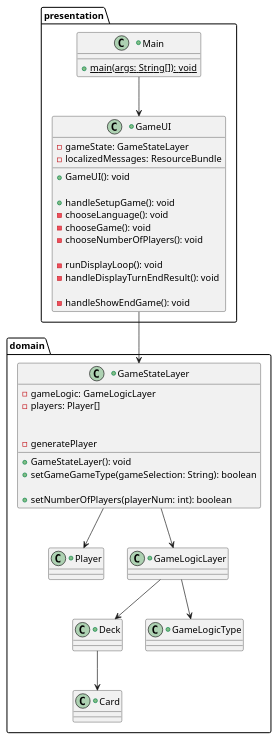
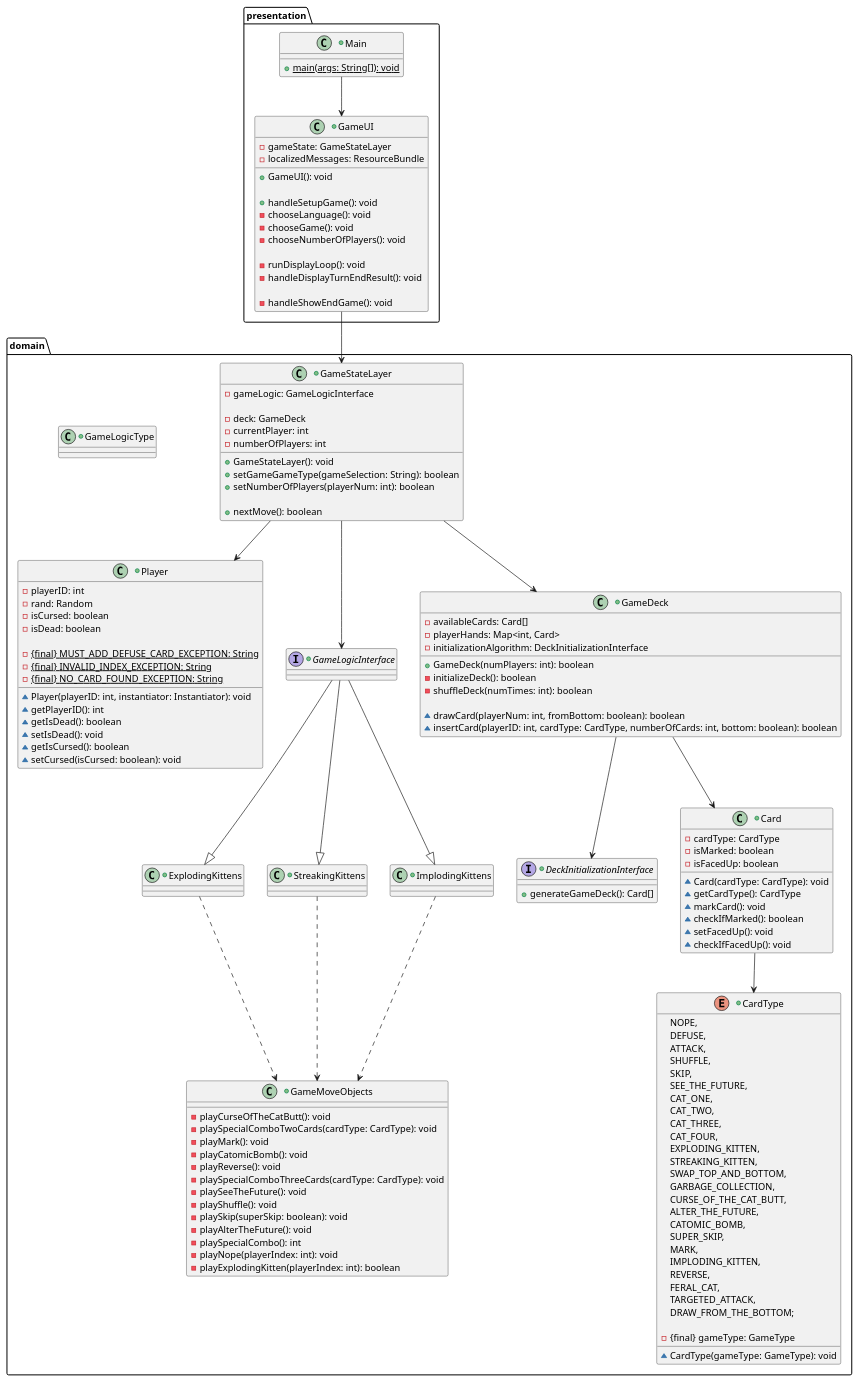
Before and after one commit to nu-cs-sw-design/project-20252601-clai_finalproject: the diagram in codebase/docs/design/new.puml, drawn with PlantUML.

Commit message:
added more updates

```diff
--- a/codebase/docs/design/new.puml
+++ b/codebase/docs/design/new.puml
@@ -1,66 +1,168 @@
 @startuml
 package presentation {
     +class Main {
         +{static}main(args: String[]): void
     }
 
     +class GameUI {
         -gameState: GameStateLayer
         -localizedMessages: ResourceBundle
 
         +GameUI(): void
 
         +handleSetupGame(): void
         -chooseLanguage(): void
         -chooseGame(): void
         -chooseNumberOfPlayers(): void
 
         -runDisplayLoop(): void
         -handleDisplayTurnEndResult(): void
 
         -handleShowEndGame(): void
     }
 }
 
 package domain {
     +class GameStateLayer {
-        -gameLogic: GameLogicLayer
-        -players: Player[]
+        -gameLogic: GameLogicInterface
+
+        -deck: GameDeck
+        -currentPlayer: int
+        -numberOfPlayers: int
 
         +GameStateLayer(): void
         +setGameGameType(gameSelection: String): boolean
+        +setNumberOfPlayers(playerNum: int): boolean
 
-        +setNumberOfPlayers(playerNum: int): boolean
-        -generatePlayer
-
+        +nextMove(): boolean
 
     }
     +class Player {
+        -playerID: int
+        -rand: Random
+        -isCursed: boolean
+        -isDead: boolean
+
+        -{static}{final} MUST_ADD_DEFUSE_CARD_EXCEPTION: String
+        -{static}{final} INVALID_INDEX_EXCEPTION: String
+        -{static}{final} NO_CARD_FOUND_EXCEPTION: String
+
+        ~Player(playerID: int, instantiator: Instantiator): void
+        ~getPlayerID(): int
+        ~getIsDead(): boolean
+        ~setIsDead(): void
+        ~getIsCursed(): boolean
+        ~setCursed(isCursed: boolean): void
+    }
+    +interface GameLogicInterface {
 
     }
-    +class GameLogicLayer {
+    +interface DeckInitializationInterface {
+        +generateGameDeck(): Card[]
+    }
+    +class GameDeck {
+        -availableCards: Card[]
+        -playerHands: Map<int, Card>
+        -initializationAlgorithm: DeckInitializationInterface
 
-    }
-    +class Deck {
+        +GameDeck(numPlayers: int): boolean
+        -initializeDeck(): boolean
+        -shuffleDeck(numTimes: int): boolean
 
+        ~drawCard(playerNum: int, fromBottom: boolean): boolean
+        ~insertCard(playerID: int, cardType: CardType, numberOfCards: int, bottom: boolean): boolean
     }
     +class Card {
+        -cardType: CardType
+        -isMarked: boolean
+        -isFacedUp: boolean
 
+        ~Card(cardType: CardType): void
+        ~getCardType(): CardType
+        ~markCard(): void
+        ~checkIfMarked(): boolean
+        ~setFacedUp(): void
+        ~checkIfFacedUp(): void
     }
     +class GameLogicType {
 
+    }
+
+    +enum CardType {
+        NOPE,
+        DEFUSE,
+        ATTACK,
+        SHUFFLE,
+        SKIP,
+        SEE_THE_FUTURE,
+        CAT_ONE,
+        CAT_TWO,
+        CAT_THREE,
+        CAT_FOUR,
+        EXPLODING_KITTEN,
+        STREAKING_KITTEN,
+        SWAP_TOP_AND_BOTTOM,
+        GARBAGE_COLLECTION,
+        CURSE_OF_THE_CAT_BUTT,
+        ALTER_THE_FUTURE,
+        CATOMIC_BOMB,
+        SUPER_SKIP,
+        MARK,
+        IMPLODING_KITTEN,
+        REVERSE,
+        FERAL_CAT,
+        TARGETED_ATTACK,
+        DRAW_FROM_THE_BOTTOM;
+
+        - {final} gameType: GameType
+        ~CardType(gameType: GameType): void
+    }
+
+    +class ExplodingKittens {
+
+    }
+    +class StreakingKittens {
+
+    }
+    +class ImplodingKittens {
+
+    }
+    +class GameMoveObjects {
+        -playCurseOfTheCatButt(): void
+        -playSpecialComboTwoCards(cardType: CardType): void
+        -playMark(): void
+        -playCatomicBomb(): void
+        -playReverse(): void
+        -playSpecialComboThreeCards(cardType: CardType): void
+        -playSeeTheFuture(): void
+        -playShuffle(): void
+        -playSkip(superSkip: boolean): void
+        -playAlterTheFuture(): void
+        -playSpecialCombo(): int
+        -playNope(playerIndex: int): void
+        -playExplodingKitten(playerIndex: int): boolean
     }
 }
 
 Main-->GameUI
 
 GameUI-->GameStateLayer
+GameStateLayer-->GameLogicInterface
+GameStateLayer-->GameDeck
+
+GameDeck-->Card
 GameStateLayer-->Player
-GameStateLayer-->GameLogicLayer
+GameDeck-->DeckInitializationInterface
 
-GameLogicLayer-->GameLogicType
-GameLogicLayer-->Deck
+Card-->CardType
 
-Deck-->Card
+GameLogicInterface--|>ExplodingKittens
+GameLogicInterface--|>StreakingKittens
+GameLogicInterface--|>ImplodingKittens
+
+ExplodingKittens..>GameMoveObjects
+StreakingKittens..>GameMoveObjects
+ImplodingKittens..>GameMoveObjects
+
 
 @enduml
```
